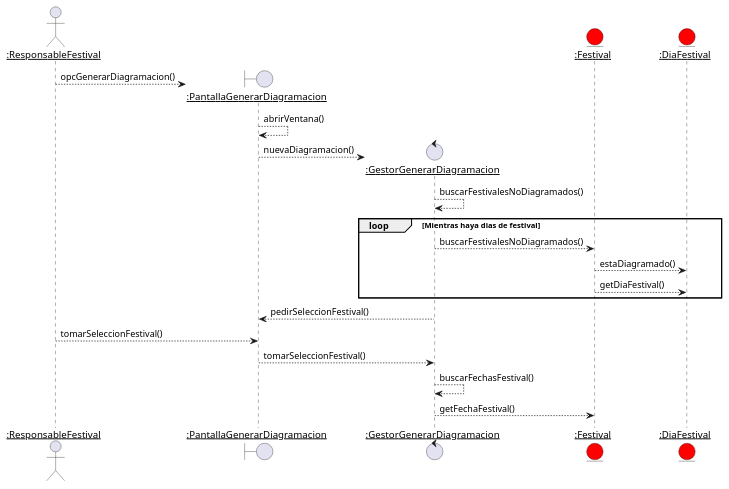
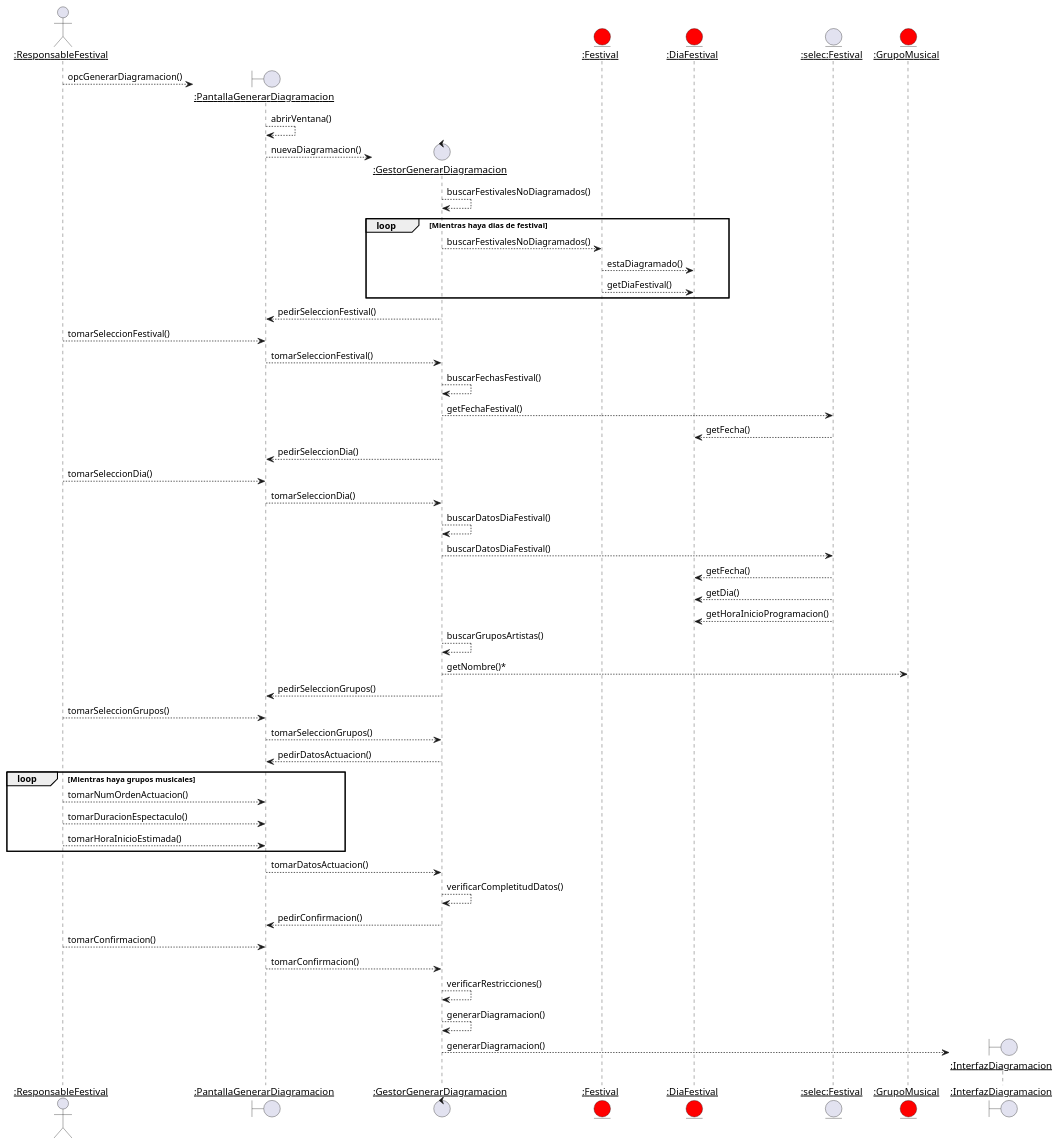
Before and after one commit to IgnacioSala20/Diagramas: the diagram in Folklore/GenerarDiagramacion/secuencia.puml, drawn with PlantUML. The commit also changed 2 other files, not shown here.

```diff
--- a/Folklore/GenerarDiagramacion/secuencia.puml
+++ b/Folklore/GenerarDiagramacion/secuencia.puml
@@ -1,30 +1,70 @@
 @startuml secuencia
 
 actor "__:ResponsableFestival__" as RF 
 
 create boundary "__:PantallaGenerarDiagramacion__" as PGD 
 
 RF --> PGD : opcGenerarDiagramacion()
 PGD --> PGD : abrirVentana()
 
 create control "__:GestorGenerarDiagramacion__" as GGD 
 
 PGD --> GGD : nuevaDiagramacion()
 
 GGD --> GGD : buscarFestivalesNoDiagramados()
 
 entity "__:Festival__" as F #Red
 entity "__:DiaFestival__" as DF #Red
 group loop [Mientras haya dias de festival]
     GGD --> F :buscarFestivalesNoDiagramados()
     F --> DF : estaDiagramado()
     F --> DF : getDiaFestival()
 end
 
 GGD --> PGD : pedirSeleccionFestival()
 RF --> PGD : tomarSeleccionFestival()
 PGD --> GGD : tomarSeleccionFestival()
+entity "__:selec:Festival__" as sF
+GGD --> GGD : buscarFechasFestival()
+GGD --> sF: getFechaFestival()
+sF --> DF : getFecha()
 
-GGD --> GGD : buscarFechasFestival()
-GGD --> F: getFechaFestival()
+GGD --> PGD : pedirSeleccionDia()
+RF --> PGD : tomarSeleccionDia()
+PGD --> GGD : tomarSeleccionDia()
+
+GGD --> GGD : buscarDatosDiaFestival()
+
+GGD --> sF : buscarDatosDiaFestival()
+sF --> DF : getFecha()
+sF --> DF : getDia()
+sF --> DF : getHoraInicioProgramacion()
+
+GGD --> GGD : buscarGruposArtistas()
+entity "__:GrupoMusical__" as GM #Red
+GGD --> GM : getNombre()*
+
+GGD --> PGD : pedirSeleccionGrupos()
+RF --> PGD : tomarSeleccionGrupos()
+PGD --> GGD : tomarSeleccionGrupos()
+
+GGD --> PGD : pedirDatosActuacion()
+group loop[Mientras haya grupos musicales]
+    RF --> PGD : tomarNumOrdenActuacion()
+    RF --> PGD: tomarDuracionEspectaculo()
+    RF --> PGD : tomarHoraInicioEstimada()
+end
+PGD --> GGD : tomarDatosActuacion()
+
+GGD --> GGD : verificarCompletitudDatos()
+GGD --> PGD : pedirConfirmacion()
+RF --> PGD : tomarConfirmacion()
+PGD --> GGD : tomarConfirmacion()
+
+GGD --> GGD : verificarRestricciones()
+
+GGD --> GGD : generarDiagramacion()
+create boundary "__:InterfazDiagramacion__" as ID 
+
+GGD --> ID : generarDiagramacion()
 @enduml
```
